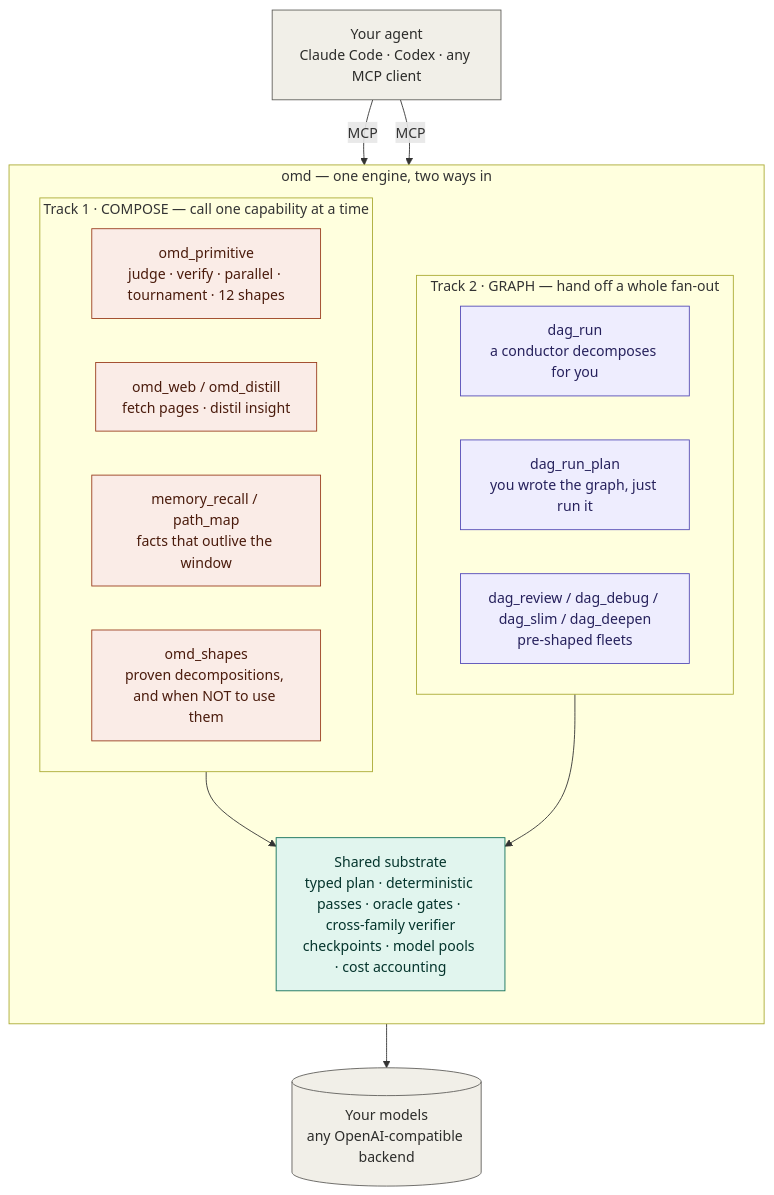
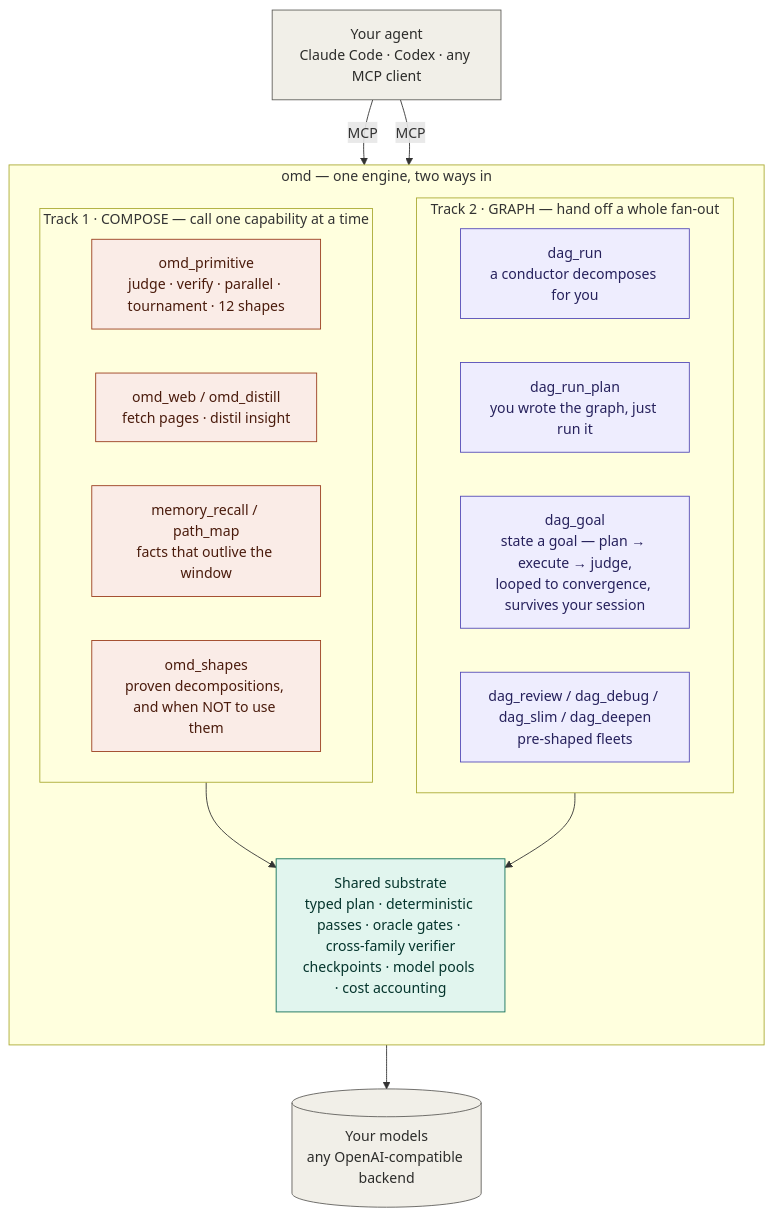
The first of 5 diagrams in README.zh-CN.md (AbyssCN/oh-my-dag), drawn with Mermaid before and after one commit. The commit also changed other lines of this file and 1 other file, not shown here.

First line of the commit message:
docs: README 对齐现状 (16 座位/38 工具/19 skills · dag_goal/dag_cancel/dag_triage/dag_rule 补进能力图)

````diff
--- a/README.zh-CN.md
+++ b/README.zh-CN.md
@@ -26,39 +26,40 @@
 ```mermaid
 flowchart TB
   AGENT["Your agent<br/>Claude Code · Codex · any MCP client"]
 
   subgraph OMD["omd — one engine, two ways in"]
     direction TB
 
     subgraph T1["Track 1 · COMPOSE — call one capability at a time"]
       C1["omd_primitive<br/>judge · verify · parallel · tournament · 12 shapes"]
       C2["omd_web / omd_distill<br/>fetch pages · distil insight"]
       C3["memory_recall / path_map<br/>facts that outlive the window"]
       C4["omd_shapes<br/>proven decompositions, and when NOT to use them"]
     end
 
     subgraph T2["Track 2 · GRAPH — hand off a whole fan-out"]
       G1["dag_run<br/>a conductor decomposes for you"]
       G2["dag_run_plan<br/>you wrote the graph, just run it"]
-      G3["dag_review / dag_debug / dag_slim / dag_deepen<br/>pre-shaped fleets"]
+      G3["dag_goal<br/>state a goal — plan → execute → judge,<br/>looped to convergence, survives your session"]
+      G4["dag_review / dag_debug / dag_slim / dag_deepen<br/>pre-shaped fleets"]
     end
 
     BASE["Shared substrate<br/>typed plan · deterministic passes · oracle gates · cross-family verifier<br/>checkpoints · model pools · cost accounting"]
     T1 --> BASE
     T2 --> BASE
   end
 
   MODELS[("Your models<br/>any OpenAI-compatible backend")]
   AGENT -->|MCP| T1
   AGENT -->|MCP| T2
   BASE --> MODELS
 
   classDef compose fill:#FAECE7,stroke:#993C1D,color:#4A1B0C
   classDef dagmode fill:#EEEDFE,stroke:#534AB7,color:#26215C
   classDef base fill:#E1F5EE,stroke:#0F6E56,color:#04342C
   classDef ext fill:#F1EFE8,stroke:#5F5E5A,color:#2C2C2A
   class C1,C2,C3,C4 compose
-  class G1,G2,G3 dagmode
+  class G1,G2,G3,G4 dagmode
   class BASE base
   class AGENT,MODELS ext
 ```
````
